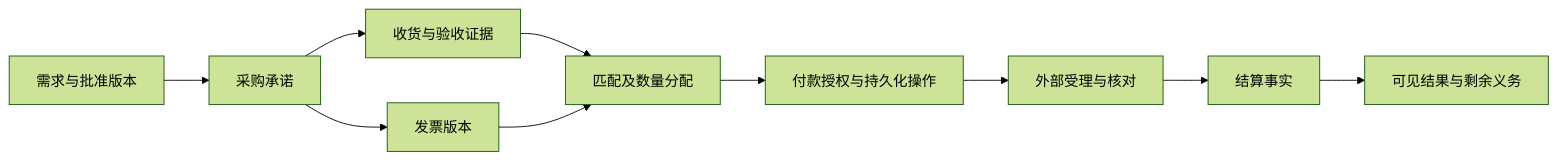
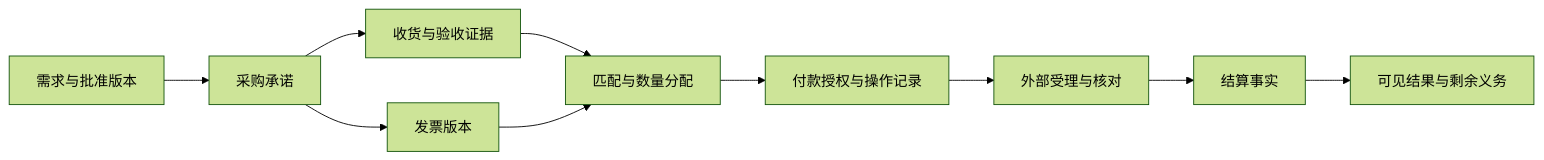
The diagram in books/saas-engineering/enterprise-mechanisms/01-organization-to-system.md (lesPrivilege/Praxis), drawn with Mermaid (forest theme) before and after one commit. The commit also changed other lines of this file and 137 other files, not shown here.

````diff
--- a/books/saas-engineering/enterprise-mechanisms/01-organization-to-system.md
+++ b/books/saas-engineering/enterprise-mechanisms/01-organization-to-system.md
@@ -84,12 +87,12 @@
 ```mermaid
 flowchart LR
   A[需求与批准版本] --> B[采购承诺]
   B --> C[收货与验收证据]
   B --> D[发票版本]
-  C --> E[匹配及数量分配]
+  C --> E[匹配与数量分配]
   D --> E
-  E --> F[付款授权与持久化操作]
+  E --> F[付款授权与操作记录]
   F --> G[外部受理与核对]
   G --> H[结算事实]
   H --> I[可见结果与剩余义务]
 ```
````
